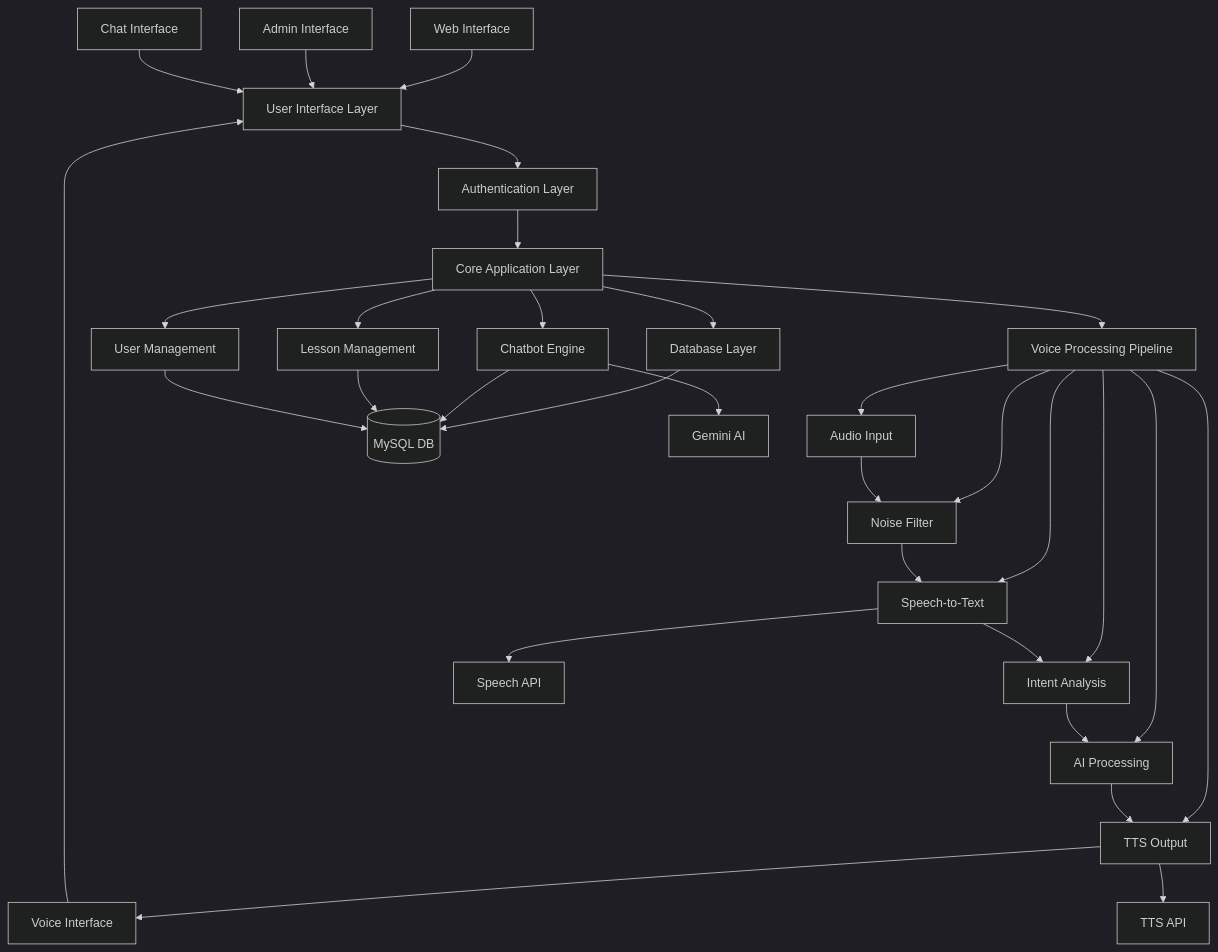
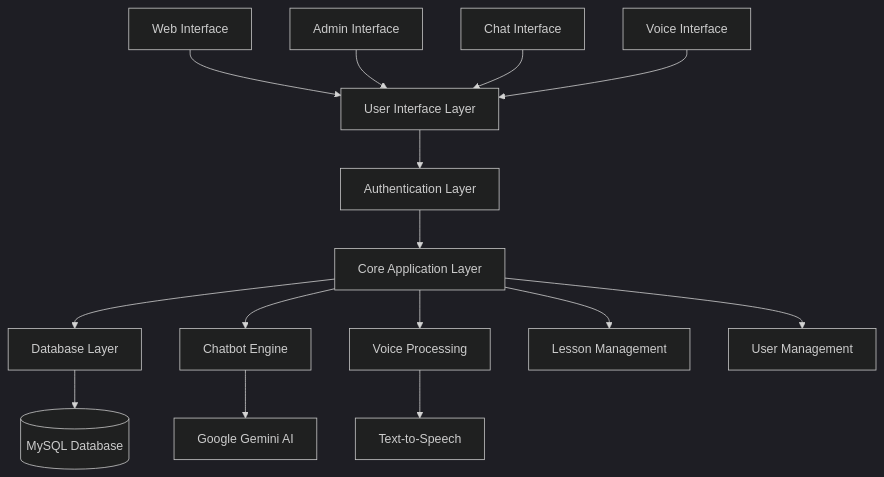
Before and after one commit to BaoHan1712/Chatbot_teach_English: the first of 10 diagrams in README.md, drawn with Mermaid (dark theme).

````diff
--- a/README.md
+++ b/README.md
@@ -12,74 +12,25 @@
 ```mermaid
 graph TD
-    %% Main Layers
-    A[User Interface Layer]
-    B[Authentication Layer]
-    C[Core Application Layer]
-    D[Database Layer]
-    
-    A --> B
-    B --> C
-    C --> D
+    A[User Interface Layer] --> B[Authentication Layer]
+    B --> C[Core Application Layer]
+    C --> D[Database Layer]
 
     %% User Interface Components
-    A1[Web Interface]
-    A2[Admin Interface]
-    A3[Chat Interface]
-    A4[Voice Interface]
-    
-    A1 --> A
-    A2 --> A
-    A3 --> A
-    A4 --> A
+    A1[Web Interface] --> A
+    A2[Admin Interface] --> A
+    A3[Chat Interface] --> A
+    A4[Voice Interface] --> A
 
     %% Core Application Components
-    C1[Chatbot Engine]
-    C2[Voice Processing Pipeline]
-    C3[Lesson Management]
-    C4[User Management]
-    
-    C --> C1
-    C --> C2
-    C --> C3
-    C --> C4
+    C --> C1[Chatbot Engine]
+    C --> C2[Voice Processing]
+    C --> C3[Lesson Management]
+    C --> C4[User Management]
 
-    %% Voice Processing Sub-components
-    C2a[Audio Input]
-    C2b[Noise Filter]
-    C2c[Speech-to-Text]
-    C2d[Intent Analysis]
-    C2e[AI Processing]
-    C2f[TTS Output]
-    
-    C2 --> C2a
-    C2 --> C2b
-    C2 --> C2c
-    C2 --> C2d
-    C2 --> C2e
-    C2 --> C2f
-    
-    C2a --> C2b
-    C2b --> C2c
-    C2c --> C2d
-    C2d --> C2e
-    C2e --> C2f
-    C2f --> A4
-
-    %% Database Layer
-    D1[(MySQL DB)]
-    D --> D1
-    
-    %% Database Connections
-    C1 --> D1
-    C3 --> D1
-    C4 --> D1
+    %% Database Interactions
+    D --> D1[(MySQL Database)]
 
     %% External Services
-    E1[Gemini AI]
-    E2[Speech API]
-    E3[TTS API]
-    
-    C1 --> E1
-    C2c --> E2
-    C2f --> E3
+    C1 --> E1[Google Gemini AI]
+    C2 --> E2[Text-to-Speech]
 ```
````
